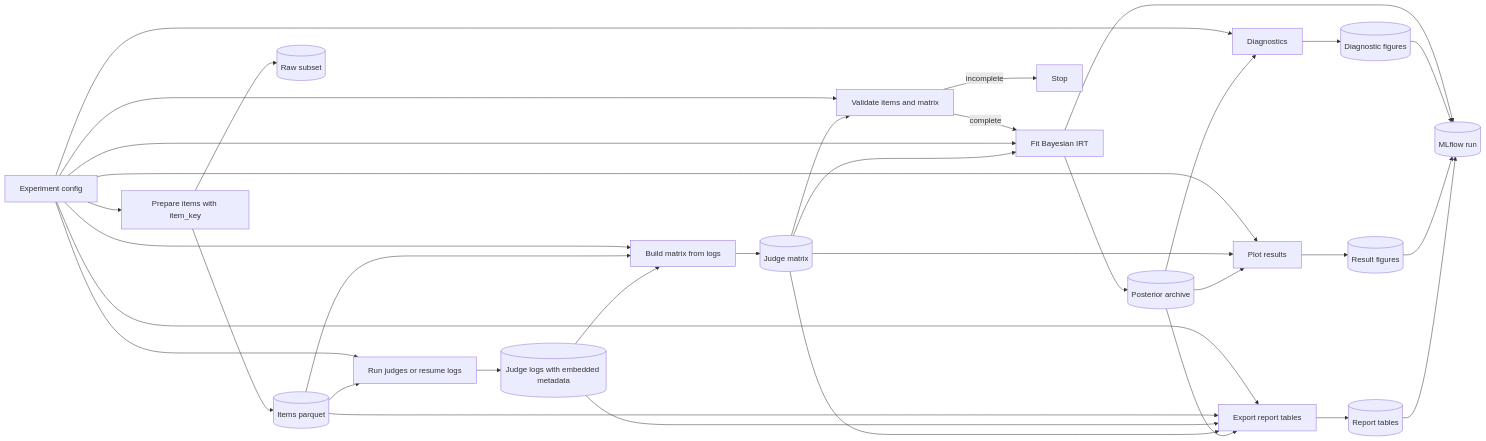
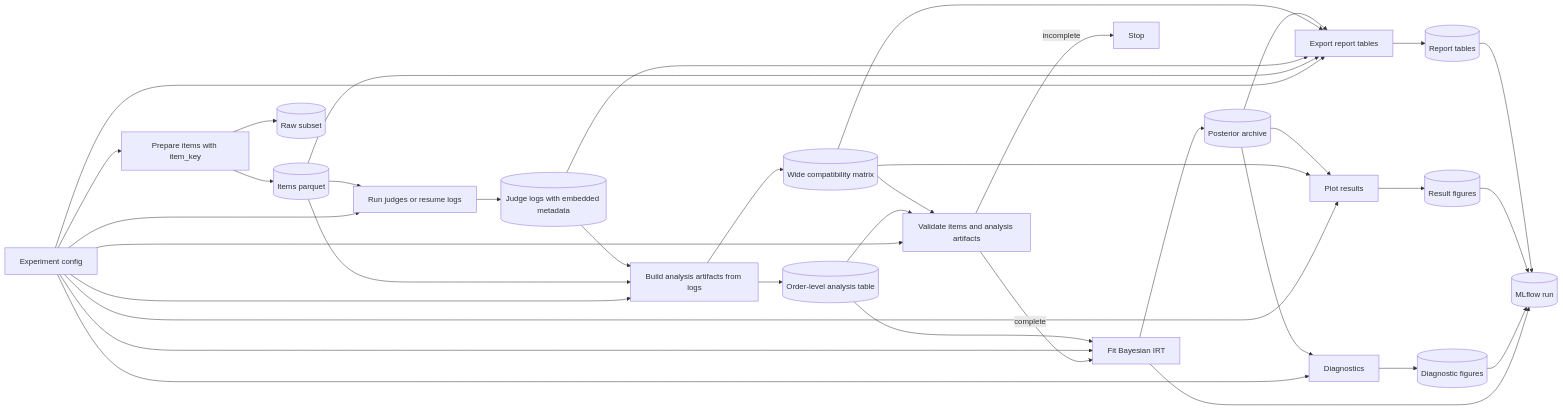
The first of 2 diagrams in docs/structure.md (0guban0v/bayesian-llm-judge-reliability), drawn with Mermaid before and after one commit. The commit also changed other lines of this file and 22 other files, not shown here.

Commit message:
feat: preserve order-level judge choices

````diff
--- a/docs/structure.md
+++ b/docs/structure.md
@@ -19,44 +19,46 @@
 ```mermaid
 flowchart LR
     C[Experiment config] --> I[Prepare items with item_key]
     I --> IP[(Items parquet)]
     I --> RS[(Raw subset)]
 
     C --> J[Run judges or resume logs]
     IP --> J
     J --> LJ[(Judge logs with embedded metadata)]
 
-    C --> M[Build matrix from logs]
-    IP --> M
-    LJ --> M
-    M --> MP[(Judge matrix)]
+    C --> A[Build analysis artifacts from logs]
+    IP --> A
+    LJ --> A
+    A --> AP[(Order-level analysis table)]
+    A --> MP[(Wide compatibility matrix)]
 
-    C --> V[Validate items and matrix]
+    C --> V[Validate items and analysis artifacts]
+    AP --> V
     MP --> V
     V -->|complete| N[Fit Bayesian IRT]
     V -->|incomplete| X[Stop]
 
     C --> N
-    MP --> N
+    AP --> N
     N --> P[(Posterior archive)]
     N --> ML[(MLflow run)]
 
     C --> D[Diagnostics]
     P --> D
     D --> FD[(Diagnostic figures)]
     FD --> ML
 
     C --> PL[Plot results]
     MP --> PL
     P --> PL
     PL --> FF[(Result figures)]
     FF --> ML
 
     C --> R[Export report tables]
     IP --> R
     LJ --> R
     MP --> R
     P --> R
     R --> TX[(Report tables)]
     TX --> ML
 ```
````
